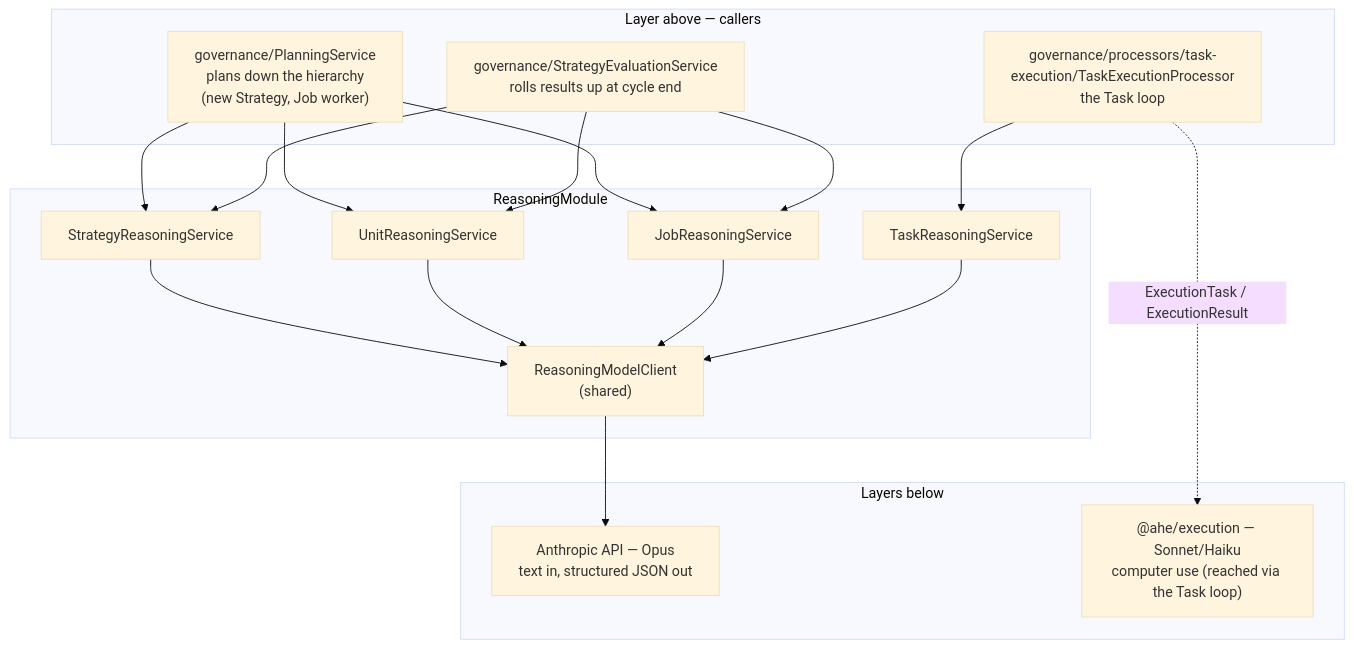
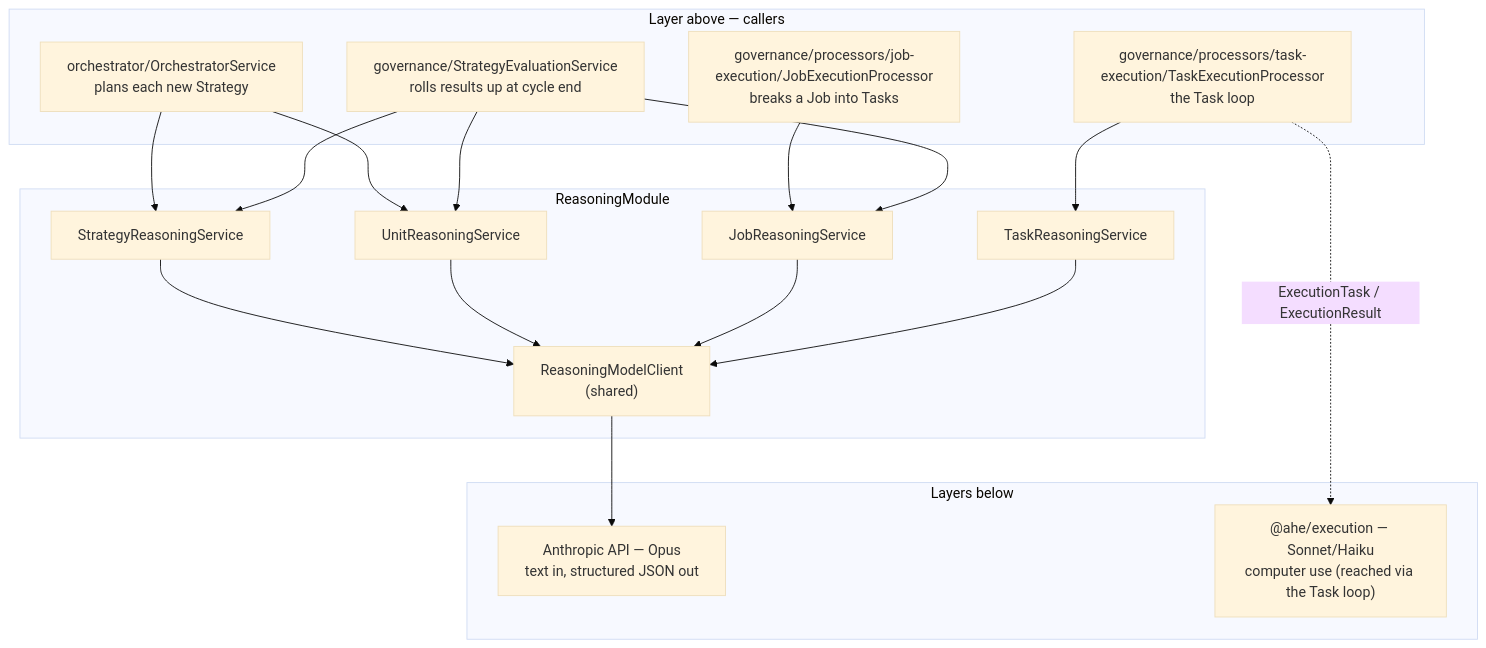
One commit to BaraaSoft/agentcores changed the first of 5 diagrams in packages/backend/src/reasoning/tech-spec.md. Above: the diagram before and after it, drawn with Mermaid (base theme). The commit also changed other lines of this file and 12 other files, not shown here.

First line of the commit message:
Refactor governance modules and enhance job execution processing

````diff
--- a/packages/backend/src/reasoning/tech-spec.md
+++ b/packages/backend/src/reasoning/tech-spec.md
@@ -20,28 +20,30 @@
 ```mermaid
 flowchart TB
     subgraph Above["Layer above — callers"]
-        Planning["governance/PlanningService<br/>plans down the hierarchy<br/>(new Strategy, Job worker)"]
+        Orch["orchestrator/OrchestratorService<br/>plans each new Strategy"]
+        JobExec["governance/processors/job-execution/JobExecutionProcessor<br/>breaks a Job into Tasks"]
         Evaluation["governance/StrategyEvaluationService<br/>rolls results up at cycle end"]
         TaskExec["governance/processors/task-execution/TaskExecutionProcessor<br/>the Task loop"]
     end
 
     subgraph Reasoning["ReasoningModule"]
         S["StrategyReasoningService"]
         U["UnitReasoningService"]
         J["JobReasoningService"]
         T["TaskReasoningService"]
         Client["ReasoningModelClient<br/>(shared)"]
         S & U & J & T --> Client
     end
 
     subgraph Below["Layers below"]
         Anthropic["Anthropic API — Opus<br/>text in, structured JSON out"]
         Execution["@ahe/execution — Sonnet/Haiku<br/>computer use (reached via the Task loop)"]
     end
 
-    Planning --> S & U & J
+    Orch --> S & U
+    JobExec --> J
     Evaluation --> J & U & S
     TaskExec --> T
     Client --> Anthropic
     TaskExec -. "ExecutionTask / ExecutionResult" .-> Execution
 ```
````
